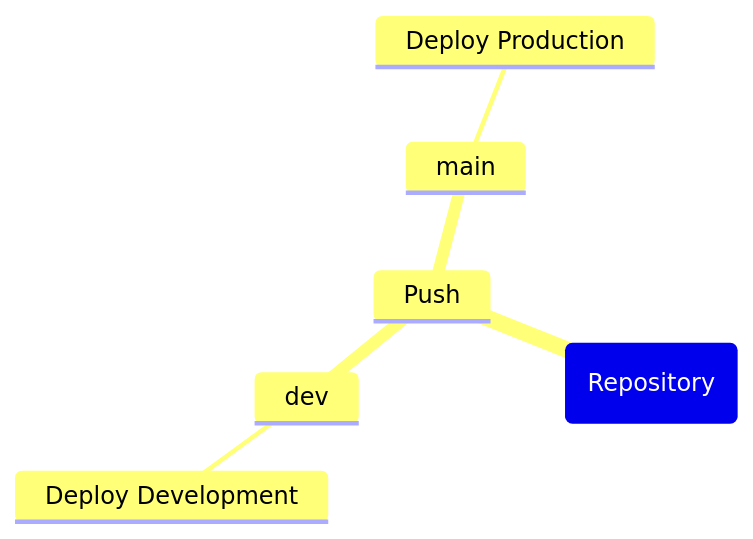
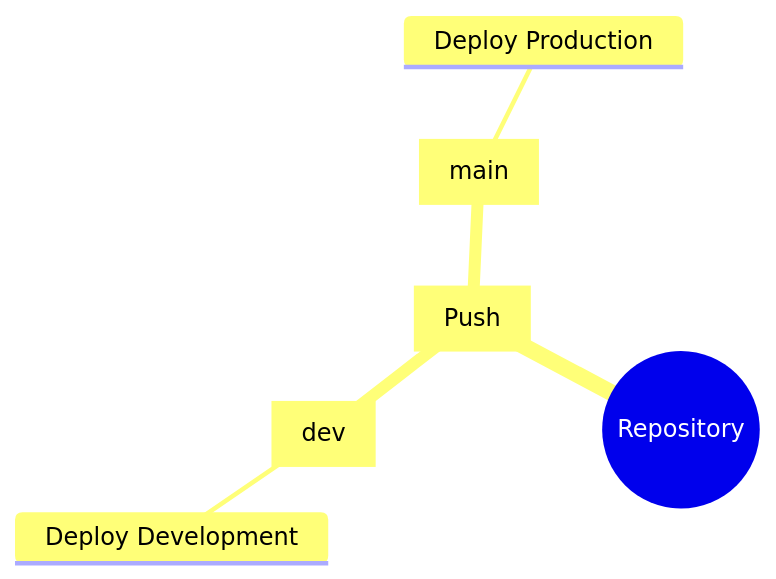
One commit to hawks-atlanta/docs changed the seventh of 7 diagrams in CICD.md. Above: the diagram before and after it, drawn with Mermaid. The commit also changed other lines of this file, not shown here.

````diff
--- a/CICD.md
+++ b/CICD.md
@@ -125,9 +148,9 @@
 ```mermaid
 mindmap
-(Repository)
-	Push
-        dev
+((Repository))
+	[Push]
+        [dev]
         	Deploy Development
-        main
+        [main]
         	Deploy Production
 ```
````
